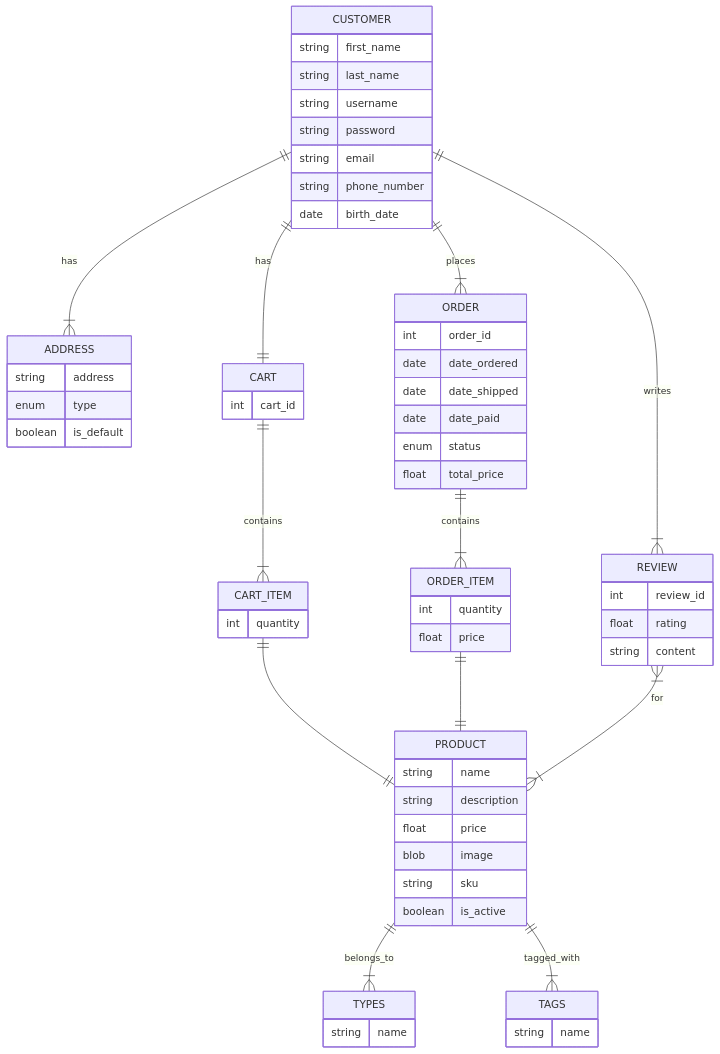
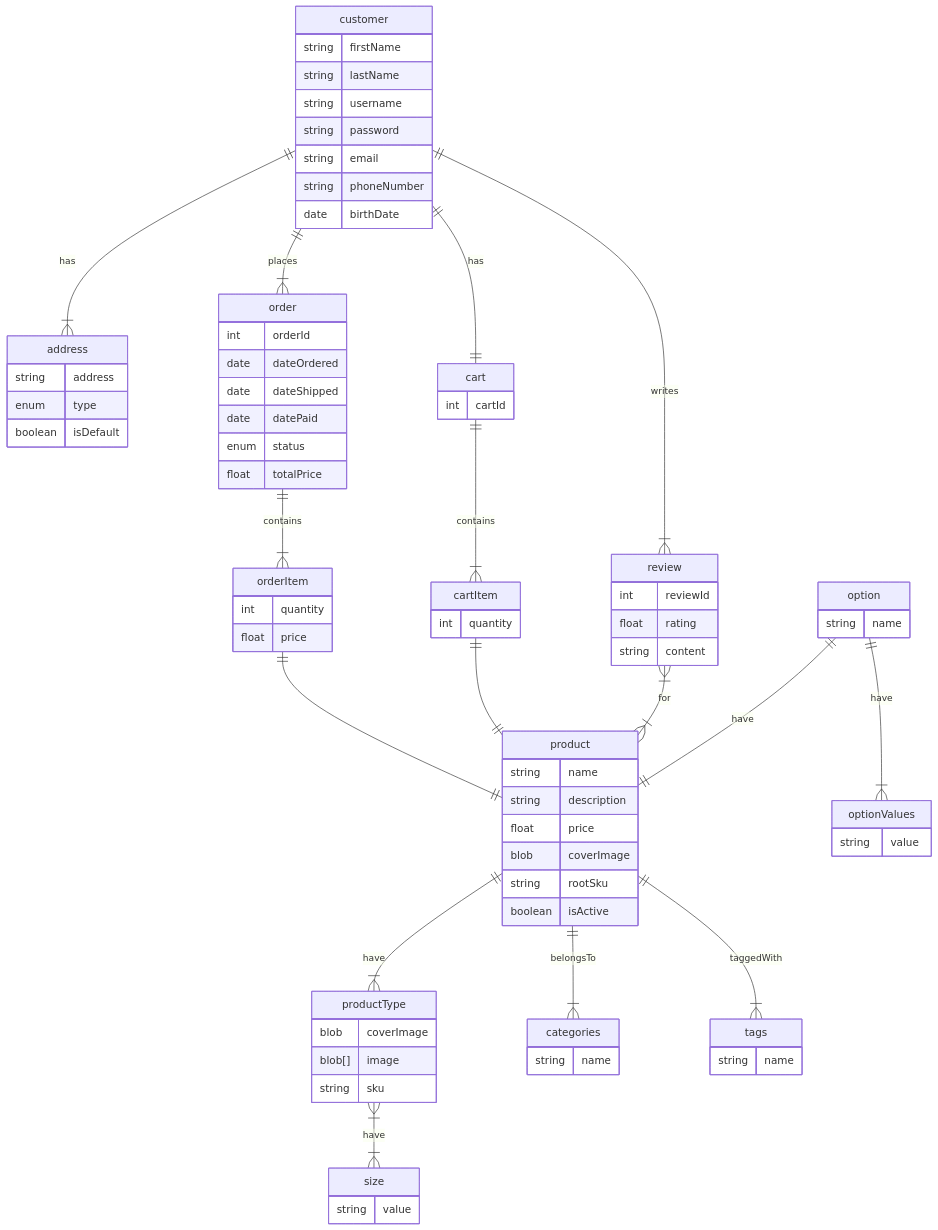
Before and after one commit to lpta2302/minn_shop: the diagram in erd.md, drawn with Mermaid. The commit also changed 40 other files, not shown here.

````diff
--- a/erd.md
+++ b/erd.md
@@ -1,81 +1,104 @@
 ```mermaid
 erDiagram
 
-
-CUSTOMER {
-    string first_name
-    string last_name
+customer {
+    string firstName
+    string lastName
     string username
     string password
     string email
-    string phone_number
-    date birth_date
+    string phoneNumber
+    date birthDate
 }
 
-CUSTOMER ||--|{ ADDRESS : has
-CUSTOMER ||--|{ ORDER : places
-CUSTOMER ||--|| CART : has
-CUSTOMER ||--|{ REVIEW : writes
+customer ||--|{ address : has
+customer ||--|{ order : places
+customer ||--|| cart : has
+customer ||--|{ review : writes
 
-ADDRESS {
+address {
     string address
-    enum type 
-    boolean is_default
+    enum type
+    boolean isDefault
 }
 
-CART {
-    int cart_id
+cart {
+    int cartId
 }
 
-CART ||--|{ CART_ITEM : contains
-CART_ITEM {
+cart ||--|{ cartItem : contains
+cartItem {
     int quantity
 }
 
-CART_ITEM ||--|| PRODUCT : ""
+cartItem ||--|| product : ""
 
-ORDER {
-    int order_id
-    date date_ordered
-    date date_shipped
-    date date_paid
+order {
+    int orderId
+    date dateOrdered
+    date dateShipped
+    date datePaid
     enum status
-    float total_price
+    float totalPrice
 }
 
-ORDER ||--|{ ORDER_ITEM : contains
-ORDER_ITEM {
+order ||--|{ orderItem : contains
+orderItem {
     int quantity
     float price
 }
 
-ORDER_ITEM ||--|| PRODUCT : ""
+orderItem ||--|| product : ""
 
-PRODUCT {
+product {
     string name
     string description
     float price
-    blob image
-    string sku
-    boolean is_active
+    blob coverImage
+    string rootSku
+    boolean isActive
 }
 
-PRODUCT ||--|{ TYPES : belongs_to
-TYPES {
+product ||--|{ productType : have
+productType{
+    blob coverImage
+    blob[] image
+    string sku
+}
+
+productType }|--|{ size : have
+size{
+    string value
+}
+
+product ||--|{ categories : belongsTo
+categories {
     string name
 }
 
-PRODUCT ||--|{ TAGS : tagged_with
-TAGS {
+product ||--|{ tags : taggedWith
+tags {
     string name
 }
 
-REVIEW {
-    int review_id
+option ||--|| product : have
+
+option {
+    string name
+}
+
+option ||--|{ optionValues : have
+
+optionValues {
+    string value
+}
+
+review {
+    int reviewId
     float rating
     string content
 }
 
-REVIEW }|--|{ PRODUCT: "for"
+review }|--|{ product : "for"
 
 ```
````
